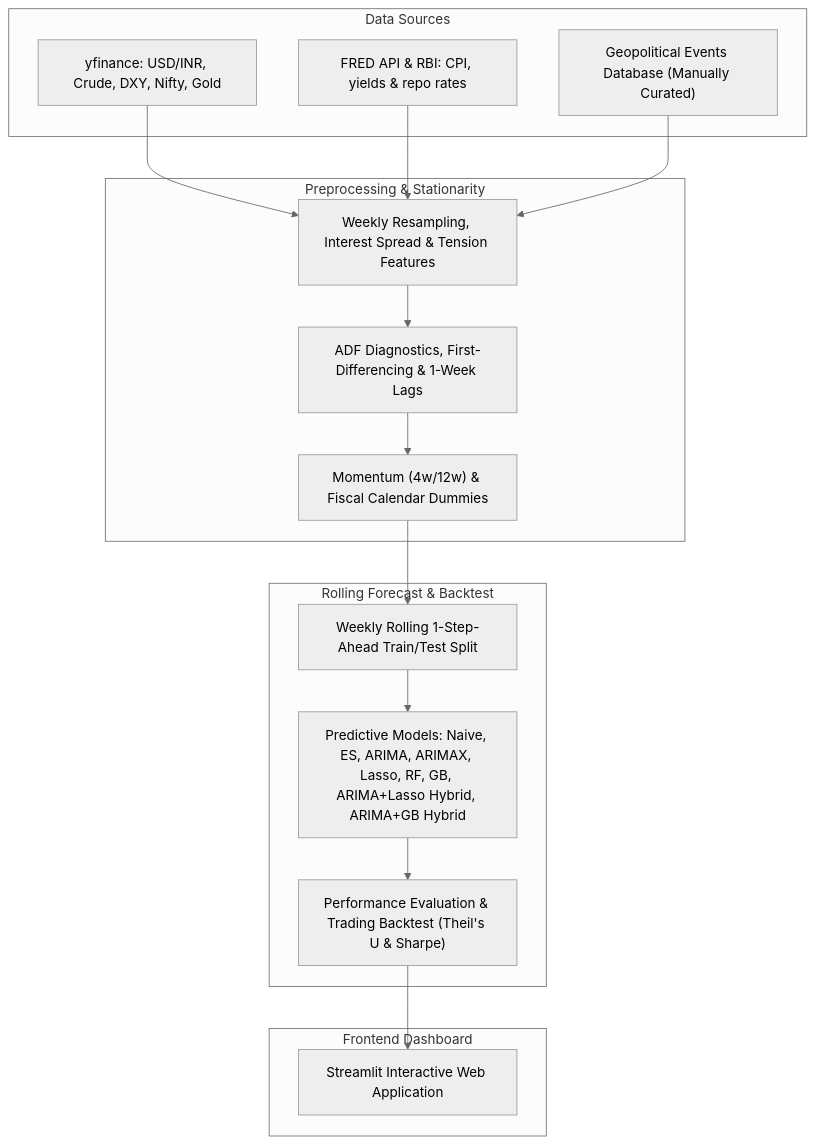
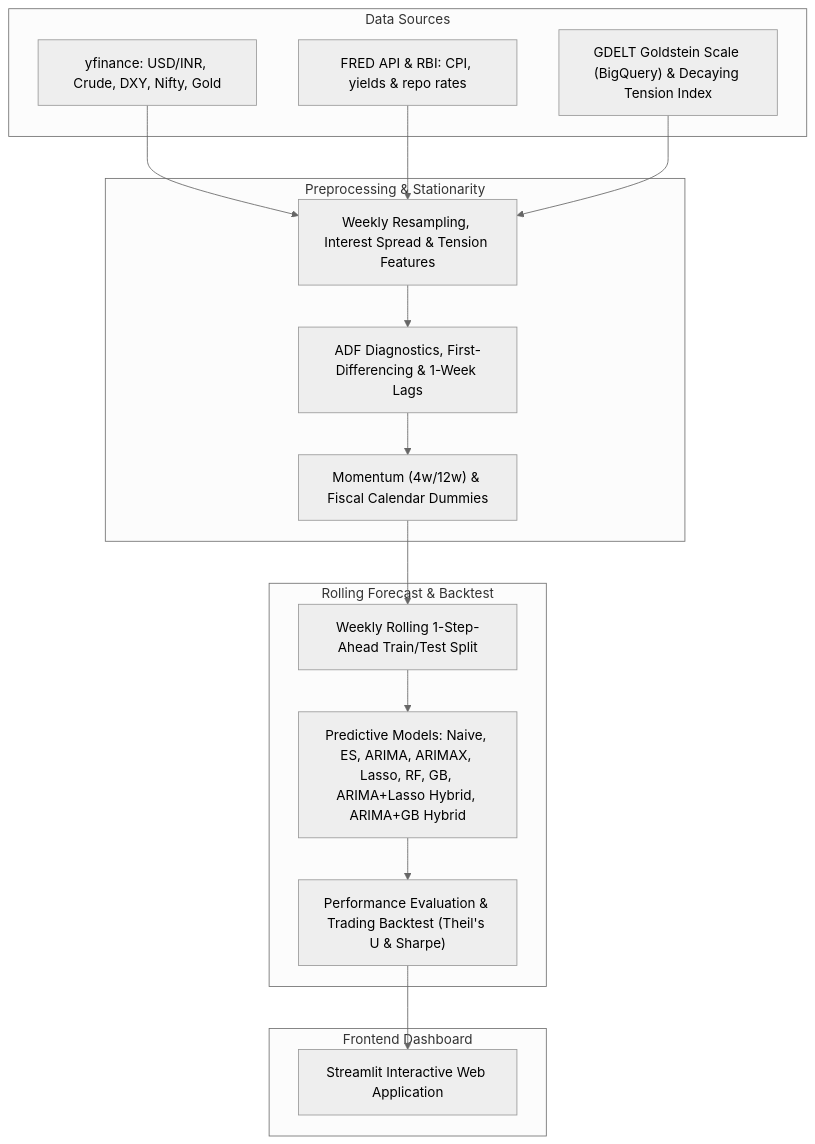
The diagram in README.md (srishti7103/RupeeRisk), drawn with Mermaid (neutral theme) before and after one commit. The commit also changed other lines of this file and 13 other files, not shown here.

Commit message:
Overhaul geopolitical tension indicator using GDELT Goldstein Scale scores and exponentially decaying channel-specific features

````diff
--- a/README.md
+++ b/README.md
@@ -20,37 +20,37 @@
 ```mermaid
 graph TD
     %% Data Sources
     subgraph Data Sources
         YF["yfinance: USD/INR, Crude, DXY, Nifty, Gold"]
         FRED["FRED API & RBI: CPI, yields & repo rates"]
-        GEOP["Geopolitical Events Database (Manually Curated)"]
+        GEOP["GDELT Goldstein Scale (BigQuery) & Decaying Tension Index"]
     end
 
     %% Preprocessing & Engine
     subgraph Preprocessing & Stationarity
         PREP["Weekly Resampling, Interest Spread & Tension Features"]
         ENG["ADF Diagnostics, First-Differencing & 1-Week Lags"]
         FEAT["Momentum (4w/12w) & Fiscal Calendar Dummies"]
     end
 
     %% Modeling Loop
     subgraph Rolling Forecast & Backtest
         LOOP["Weekly Rolling 1-Step-Ahead Train/Test Split"]
         MODELS["Predictive Models: Naive, ES, ARIMA, ARIMAX, Lasso, RF, GB, ARIMA+Lasso Hybrid, ARIMA+GB Hybrid"]
         EVAL["Performance Evaluation & Trading Backtest (Theil's U & Sharpe)"]
     end
 
     %% Serve
     subgraph Frontend Dashboard
         APP["Streamlit Interactive Web Application"]
     end
 
     %% Flow Connections
     YF & FRED & GEOP --> PREP
     PREP --> ENG
     ENG --> FEAT
     FEAT --> LOOP
     LOOP --> MODELS
     MODELS --> EVAL
     EVAL --> APP
 ```
````
